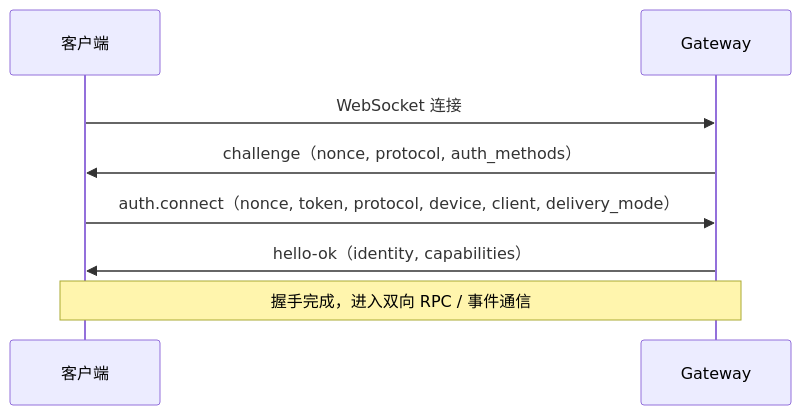
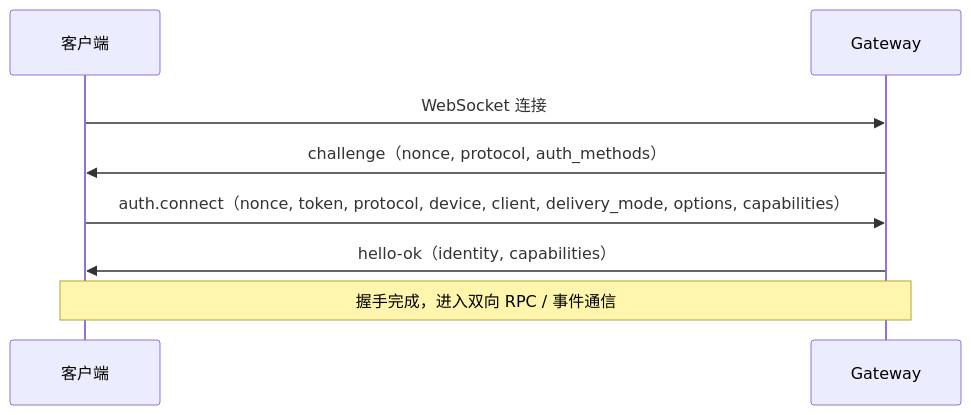
The diagram in python/src/aun_core/docs/skill/sdk-core/02-WebSocket协议.md (ModelUnion/aun-sdk-core), drawn with Mermaid before and after one commit. The commit also changed other lines of this file and 158 other files, not shown here.

````diff
--- a/python/src/aun_core/docs/skill/sdk-core/02-WebSocket协议.md
+++ b/python/src/aun_core/docs/skill/sdk-core/02-WebSocket协议.md
@@ -9,11 +9,11 @@
 ```mermaid
 sequenceDiagram
     participant C as 客户端
     participant G as Gateway
 
     C->>G: WebSocket 连接
     G->>C: challenge（nonce, protocol, auth_methods）
-    C->>G: auth.connect（nonce, token, protocol, device, client, delivery_mode）
+    C->>G: auth.connect（nonce, token, protocol, device, client, delivery_mode, options, capabilities）
     G->>C: hello-ok（identity, capabilities）
     Note over C,G: 握手完成，进入双向 RPC / 事件通信
 ```
````
